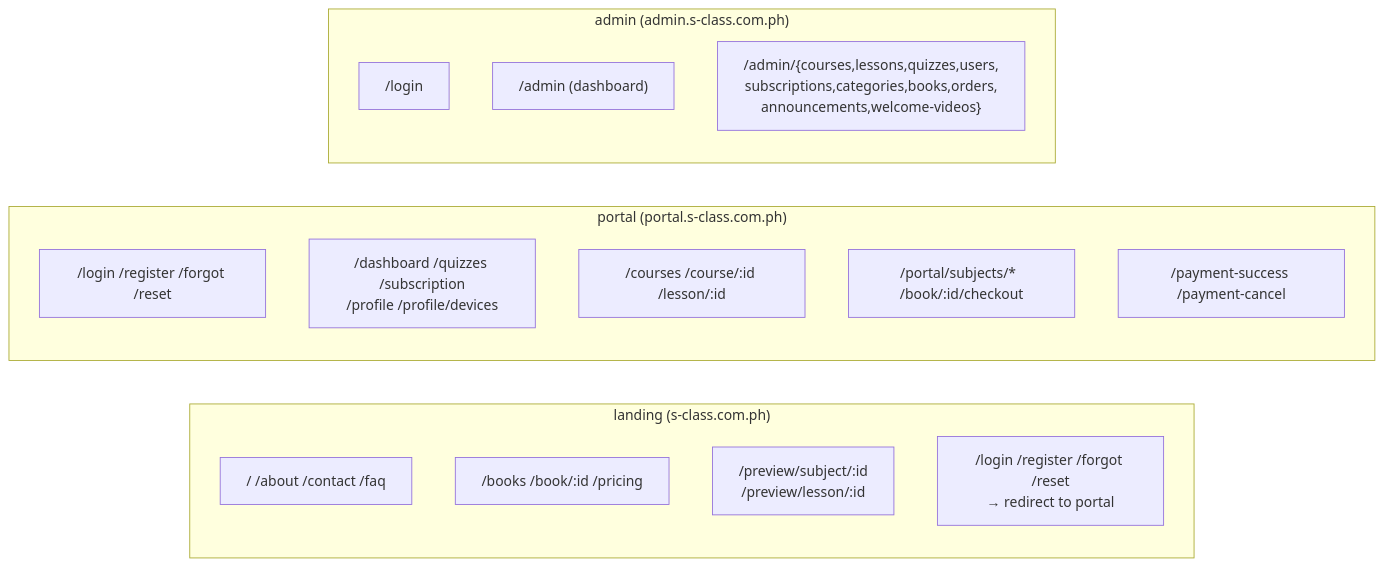
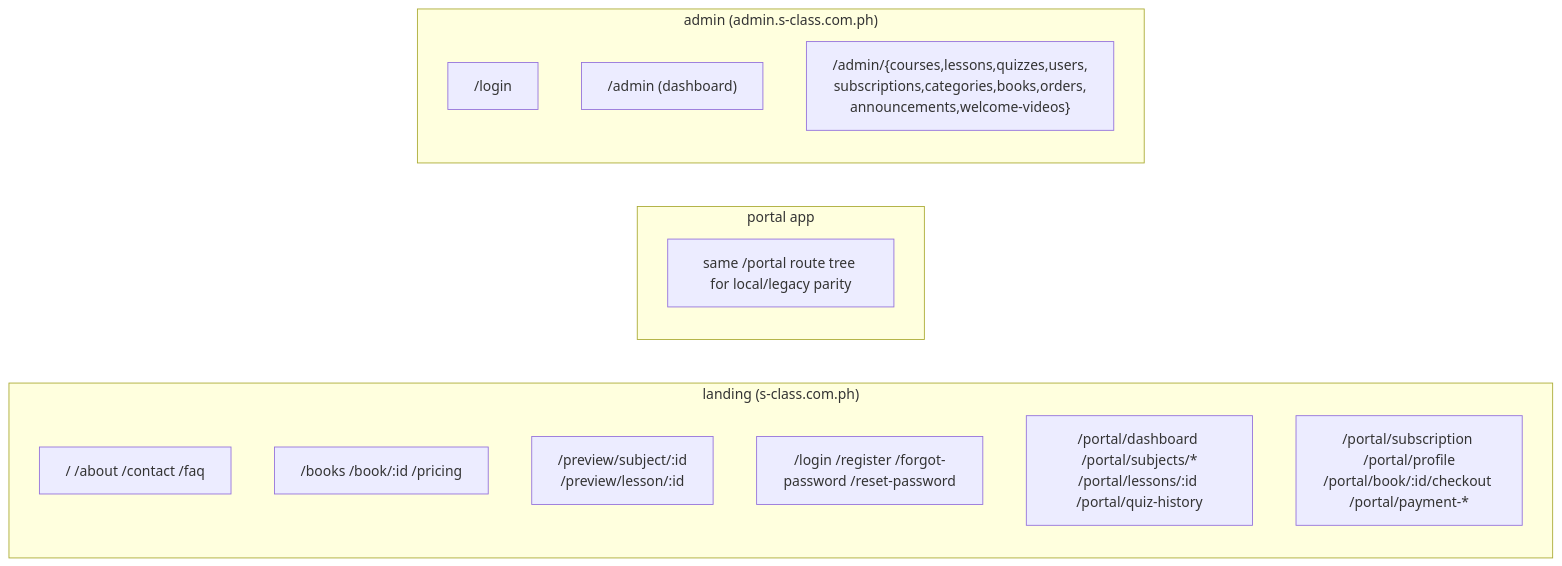
One commit to johnryAtienza/elearning-review-platform changed the first of 2 diagrams in docs/frontend-architecture.md. Above: the diagram before and after it, drawn with Mermaid. The commit also changed other lines of this file and 47 other files, not shown here.

````diff
--- a/docs/frontend-architecture.md
+++ b/docs/frontend-architecture.md
@@ -28,24 +28,22 @@
 ```mermaid
 flowchart LR
   subgraph landing["landing (s-class.com.ph)"]
     direction TB
     l1["/  /about /contact /faq"]
     l2["/books /book/:id /pricing"]
     l3["/preview/subject/:id<br/>/preview/lesson/:id"]
-    l4["/login /register /forgot /reset<br/>→ redirect to portal"]
+    l4["/login /register /forgot-password /reset-password"]
+    l5["/portal/dashboard /portal/subjects/*<br/>/portal/lessons/:id /portal/quiz-history"]
+    l6["/portal/subscription /portal/profile<br/>/portal/book/:id/checkout /portal/payment-*"]
   end
-  subgraph portal["portal (portal.s-class.com.ph)"]
+  subgraph portal["portal app"]
     direction TB
-    p1["/login /register /forgot /reset"]
-    p2["/dashboard /quizzes /subscription<br/>/profile /profile/devices"]
-    p3["/courses /course/:id /lesson/:id"]
-    p4["/portal/subjects/*  /book/:id/checkout"]
-    p5["/payment-success /payment-cancel"]
+    p1["same /portal route tree for local/legacy parity"]
   end
   subgraph admin["admin (admin.s-class.com.ph)"]
     direction TB
     a1["/login"]
     a2["/admin (dashboard)"]
     a3["/admin/{courses,lessons,quizzes,users,<br/>subscriptions,categories,books,orders,<br/>announcements,welcome-videos}"]
   end
 ```
````
